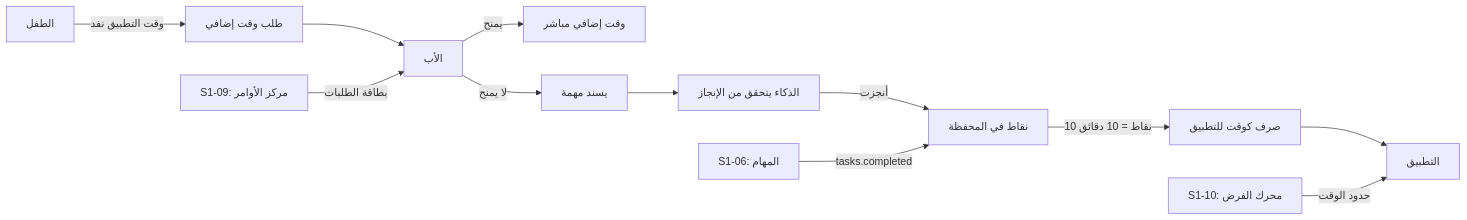
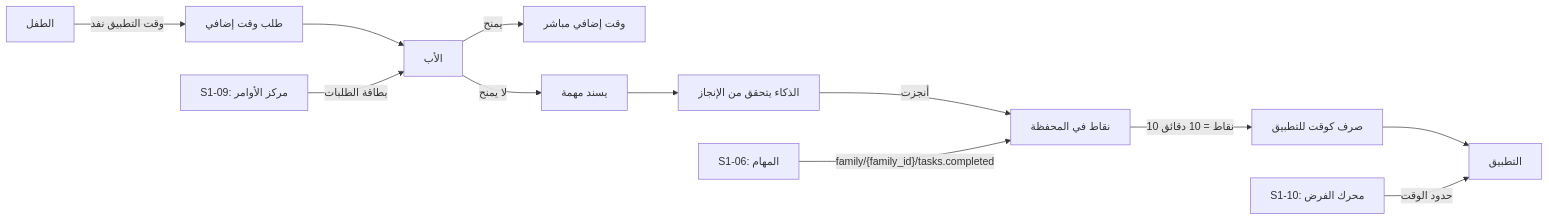
The first of 3 diagrams in docs/family-os/governance/phases/phase-1/S1-05-rewards-children/SPEC.md (Bassam-mohammed-alqaeadi/family-os-v2), drawn with Mermaid before and after one commit. The commit also changed other lines of this file and 9 other files, not shown here.

````diff
--- a/docs/family-os/governance/phases/phase-1/S1-05-rewards-children/SPEC.md
+++ b/docs/family-os/governance/phases/phase-1/S1-05-rewards-children/SPEC.md
@@ -49,14 +49,14 @@
 ```mermaid
 flowchart LR
     Child[الطفل] -->|وقت التطبيق نفد| Request[طلب وقت إضافي]
     Request --> Father[الأب]
     Father -->|يمنح| Grant[وقت إضافي مباشر]
     Father -->|لا يمنح| Task[يسند مهمة]
     Task --> AI[الذكاء يتحقق من الإنجاز]
     AI -->|أُنجزت| Wallet[نقاط في المحفظة]
     Wallet -->|10 نقاط = 10 دقائق| Spend[صرف كوقت للتطبيق]
     Spend --> App[التطبيق]
-    S106[S1-06: المهام] -->|tasks.completed| Wallet
+    S106[S1-06: المهام] -->|"family/{family_id}/tasks.completed"| Wallet
     S110[S1-10: محرك الفرض] -->|حدود الوقت| App
     S109[S1-09: مركز الأوامر] -->|بطاقة الطلبات| Father
 ```
````
